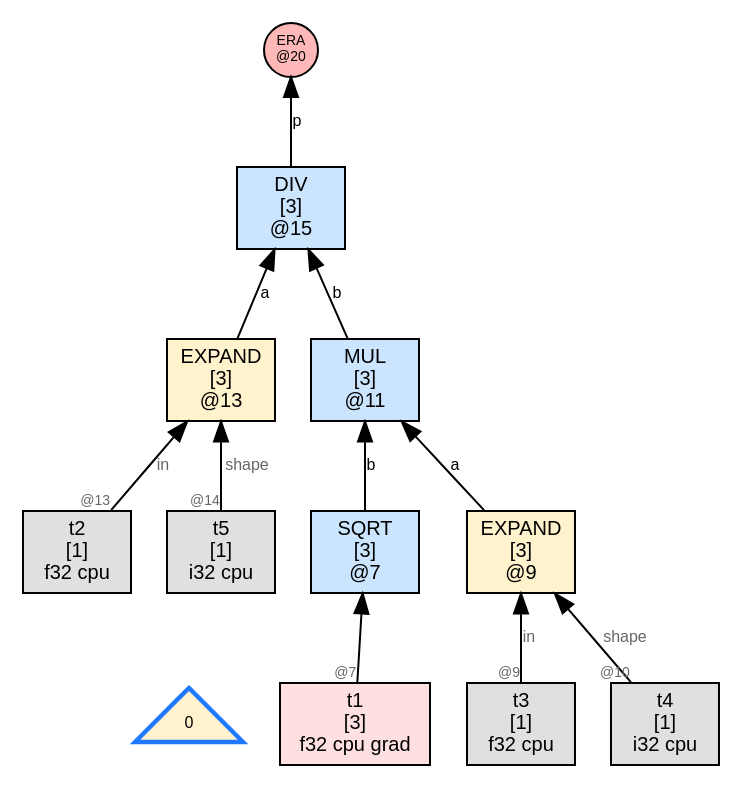
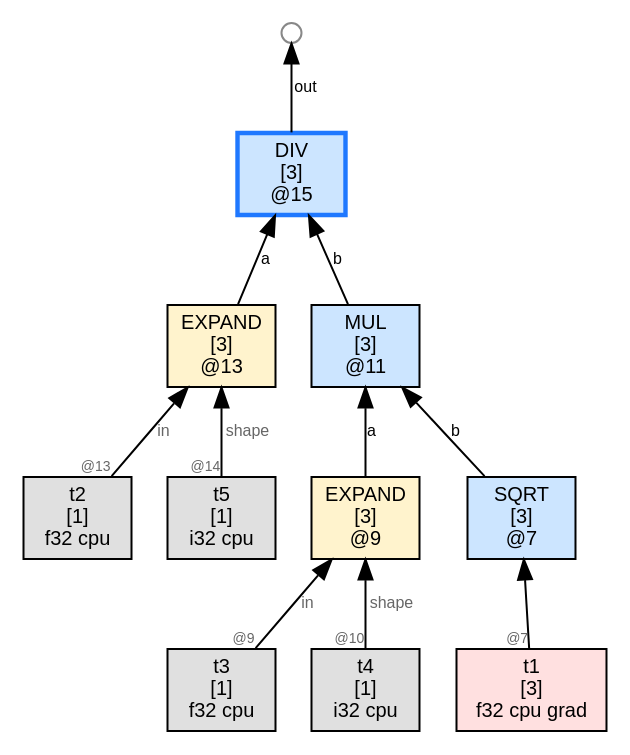
The diagram in wl/examples/thvm_graphs/grad_rules/sqrt/thvm_1_post_reduce.dot (sw1sh/TinyHVM), drawn with Graphviz before and after one commit. The commit also changed 132 other files, not shown here.

```diff
--- a/wl/examples/thvm_graphs/grad_rules/sqrt/thvm_1_post_reduce.dot
+++ b/wl/examples/thvm_graphs/grad_rules/sqrt/thvm_1_post_reduce.dot
@@ -1,28 +1,27 @@
 digraph G {
   rankdir=BT;
   node [fontname="Helvetica", fontsize=10, style=filled, shape=box, margin="0.1,0.05"];
   edge [fontsize=8, fontname="Helvetica"];
 
-  num_root [label="0",shape=triangle,fillcolor="#fff2cc",fontsize=8,color="#1f78ff",penwidth=2.2];
+  n15 [label="DIV\n[3]\n@15", shape=box, fillcolor="#cce5ff",color="#1f78ff",penwidth=2.2];
+  n13 -> n15 [label="a"];
+  n11 -> n15 [label="b"];
+  free15_1000 [label="",shape=circle,width=0.14,height=0.14,fixedsize=true,fillcolor="#ffffff",color="#888888",fontsize=1];
+  n15 -> free15_1000 [label="out"];
   n9 [label="EXPAND\n[3]\n@9", shape=box, fillcolor="#fff3cd"];
   t3 [label="t3\n[1]\nf32 cpu",shape=box,fillcolor="#e0e0e0"];
   t3 -> n9 [label="in",taillabel="@9",labelfontsize=7,fontcolor="#666666"];
   t4 [label="t4\n[1]\ni32 cpu",shape=box,fillcolor="#e0e0e0"];
   t4 -> n9 [label="shape",taillabel="@10",labelfontsize=7,fontcolor="#666666"];
   n7 [label="SQRT\n[3]\n@7", shape=box, fillcolor="#cce5ff"];
   t1 [label="t1\n[3]\nf32 cpu grad",shape=box,fillcolor="#ffe0e0"];
   t1 -> n7 [label="",taillabel="@7",labelfontsize=7,fontcolor="#666666"];
   n13 [label="EXPAND\n[3]\n@13", shape=box, fillcolor="#fff3cd"];
   t2 [label="t2\n[1]\nf32 cpu",shape=box,fillcolor="#e0e0e0"];
   t2 -> n13 [label="in",taillabel="@13",labelfontsize=7,fontcolor="#666666"];
   t5 [label="t5\n[1]\ni32 cpu",shape=box,fillcolor="#e0e0e0"];
   t5 -> n13 [label="shape",taillabel="@14",labelfontsize=7,fontcolor="#666666"];
   n11 [label="MUL\n[3]\n@11", shape=box, fillcolor="#cce5ff"];
   n9 -> n11 [label="a"];
   n7 -> n11 [label="b"];
-  n15 [label="DIV\n[3]\n@15", shape=box, fillcolor="#cce5ff"];
-  n13 -> n15 [label="a"];
-  n11 -> n15 [label="b"];
-  era20 [label="ERA\n@20",shape=circle,width=0.38,height=0.38,fixedsize=true,fillcolor="#ffb8b8",fontsize=7];
-  n15 -> era20 [label="p"];
 }
```
